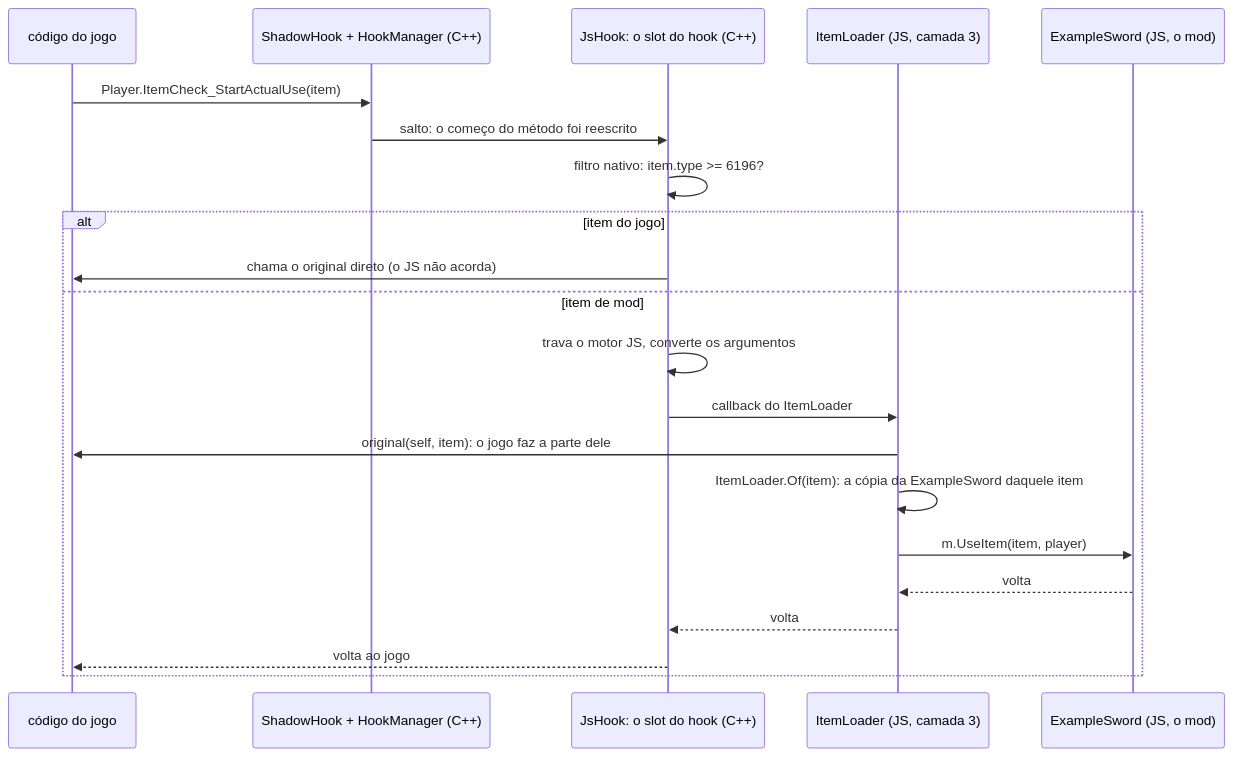
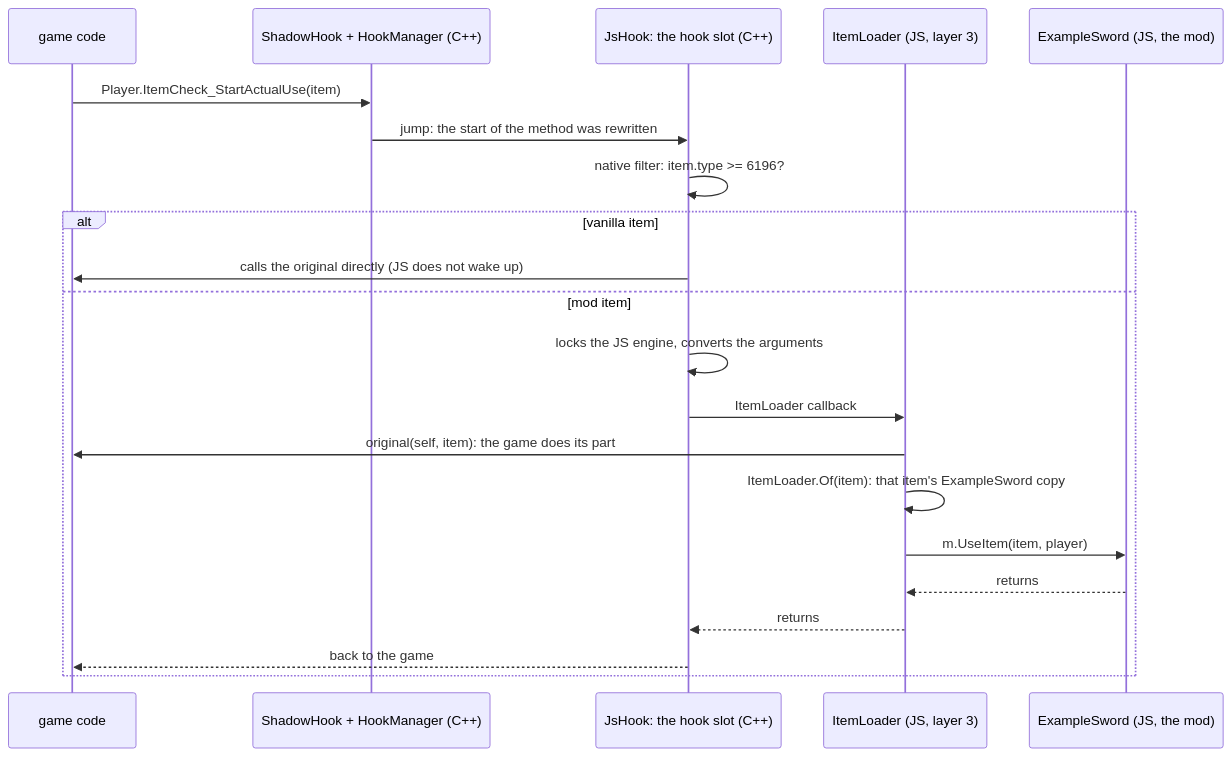
One commit to JonataOliveiraa/Bunny-Loader changed the fifth of 5 diagrams in docs/mods/00-como-funciona.md. Above: the diagram before and after it, drawn with Mermaid. The commit also changed other lines of this file and 89 other files, not shown here.

````diff
--- a/docs/mods/00-como-funciona.md
+++ b/docs/mods/00-como-funciona.md
@@ -303,23 +306,23 @@
 ```mermaid
 sequenceDiagram
-    participant G as código do jogo
+    participant G as game code
     participant SH as ShadowHook + HookManager (C++)
-    participant JH as JsHook: o slot do hook (C++)
-    participant IL as ItemLoader (JS, camada 3)
-    participant M as ExampleSword (JS, o mod)
+    participant JH as JsHook: the hook slot (C++)
+    participant IL as ItemLoader (JS, layer 3)
+    participant M as ExampleSword (JS, the mod)
     G->>SH: Player.ItemCheck_StartActualUse(item)
-    SH->>JH: salto: o começo do método foi reescrito
-    JH->>JH: filtro nativo: item.type >= 6196?
-    alt item do jogo
-        JH->>G: chama o original direto (o JS não acorda)
-    else item de mod
-        JH->>JH: trava o motor JS, converte os argumentos
-        JH->>IL: callback do ItemLoader
-        IL->>G: original(self, item): o jogo faz a parte dele
-        IL->>IL: ItemLoader.Of(item): a cópia da ExampleSword daquele item
+    SH->>JH: jump: the start of the method was rewritten
+    JH->>JH: native filter: item.type >= 6196?
+    alt vanilla item
+        JH->>G: calls the original directly (JS does not wake up)
+    else mod item
+        JH->>JH: locks the JS engine, converts the arguments
+        JH->>IL: ItemLoader callback
+        IL->>G: original(self, item): the game does its part
+        IL->>IL: ItemLoader.Of(item): that item's ExampleSword copy
         IL->>M: m.UseItem(item, player)
-        M-->>IL: volta
-        IL-->>JH: volta
-        JH-->>G: volta ao jogo
+        M-->>IL: returns
+        IL-->>JH: returns
+        JH-->>G: back to the game
     end
 ```
````
